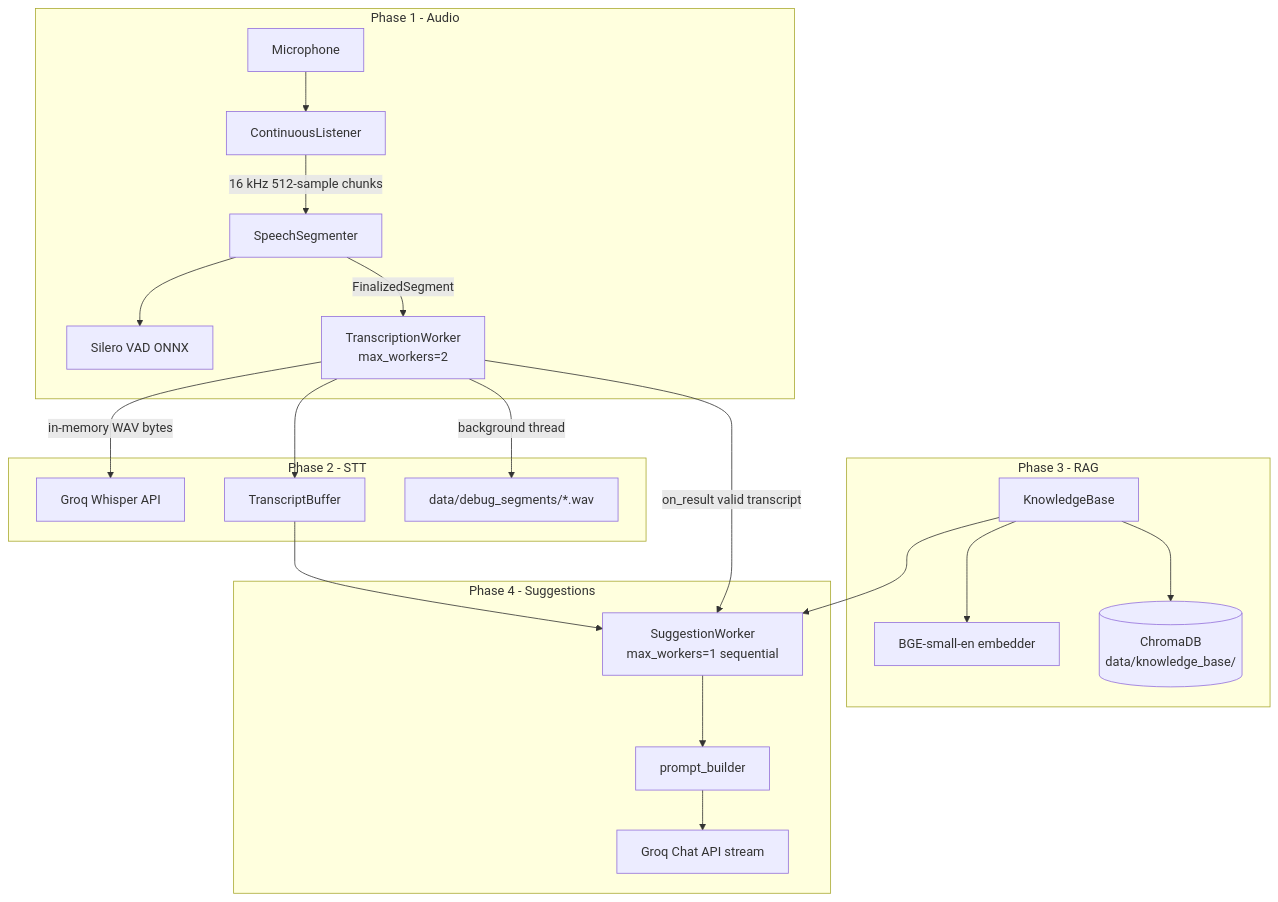
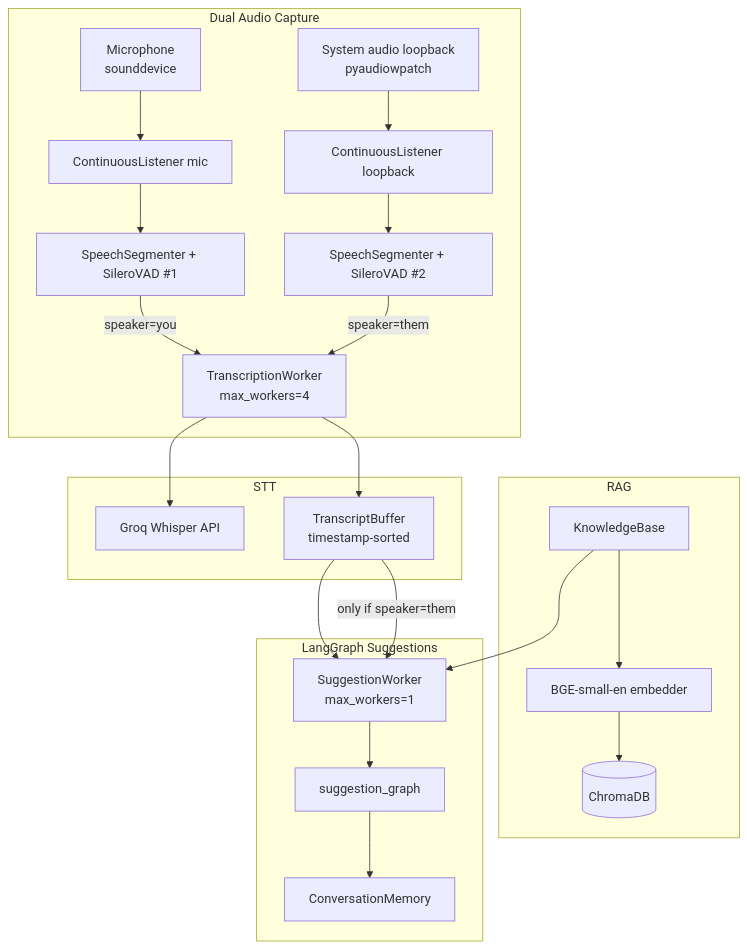
Before and after one commit to divya-patel-tot/meeting_copilot: the first of 2 diagrams in README.md, drawn with Mermaid. The commit also changed other lines of this file and 33 other files, not shown here.

````diff
--- a/README.md
+++ b/README.md
@@ -53,41 +73,40 @@
 ```mermaid
 flowchart TB
-    subgraph capture [Phase 1 - Audio]
-        MIC[Microphone]
-        CL[ContinuousListener]
-        SS[SpeechSegmenter]
-        VAD[Silero VAD ONNX]
-        MIC --> CL
-        CL -->|16 kHz 512-sample chunks| SS
-        SS --> VAD
-        SS -->|FinalizedSegment| TW
+    subgraph capture [Dual Audio Capture]
+        MIC[Microphone<br/>sounddevice]
+        LOOP[System audio loopback<br/>pyaudiowpatch]
+        MIC --> CL1[ContinuousListener mic]
+        LOOP --> CL2[ContinuousListener loopback]
+        CL1 --> SS1[SpeechSegmenter + SileroVAD #1]
+        CL2 --> SS2[SpeechSegmenter + SileroVAD #2]
+        SS1 -->|speaker=you| TW
+        SS2 -->|speaker=them| TW
     end
 
-    subgraph stt [Phase 2 - STT]
-        TW[TranscriptionWorker<br/>max_workers=2]
+    subgraph stt [STT]
+        TW[TranscriptionWorker<br/>max_workers=4]
         GROQ_STT[Groq Whisper API]
-        TB[TranscriptBuffer]
-        TW -->|in-memory WAV bytes| GROQ_STT
-        TW -->|background thread| WAV[data/debug_segments/*.wav]
+        TB[TranscriptBuffer<br/>timestamp-sorted]
+        TW --> GROQ_STT
         TW --> TB
     end
 
-    subgraph rag [Phase 3 - RAG]
+    subgraph rag [RAG]
         KB[KnowledgeBase]
         EMB[BGE-small-en embedder]
-        CHROMA[(ChromaDB<br/>data/knowledge_base/)]
-        KB --> EMB
-        KB --> CHROMA
+        CHROMA[(ChromaDB)]
+        KB --> EMB --> CHROMA
     end
 
-    subgraph llm [Phase 4 - Suggestions]
-        SW[SuggestionWorker<br/>max_workers=1 sequential]
-        PB[prompt_builder]
-        GROQ_LLM[Groq Chat API stream]
+    subgraph llm [LangGraph Suggestions]
+        SW[SuggestionWorker<br/>max_workers=1]
+        LG[suggestion_graph]
+        MEM[ConversationMemory]
+        SW --> LG
+        LG --> MEM
+        KB --> SW
         TB --> SW
-        KB --> SW
-        SW --> PB --> GROQ_LLM
     end
 
-    TW -->|on_result valid transcript| SW
+    TB -->|only if speaker=them| SW
 ```
````
